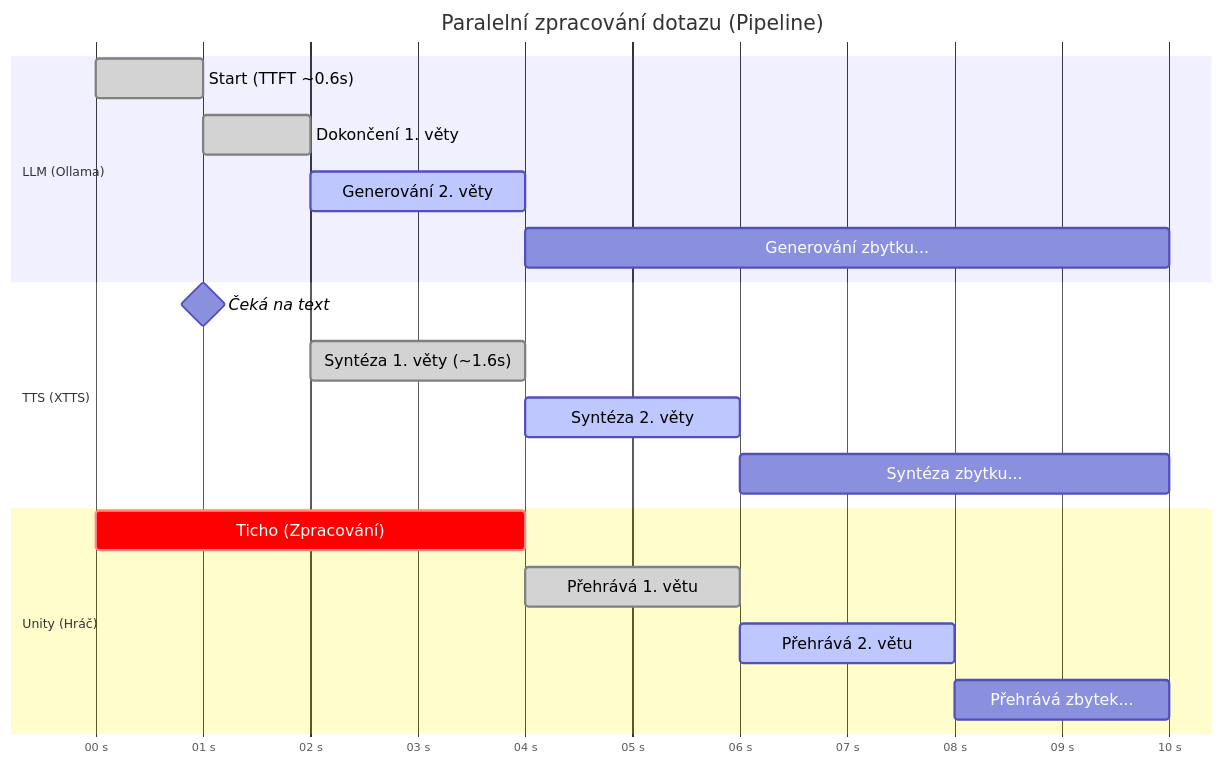
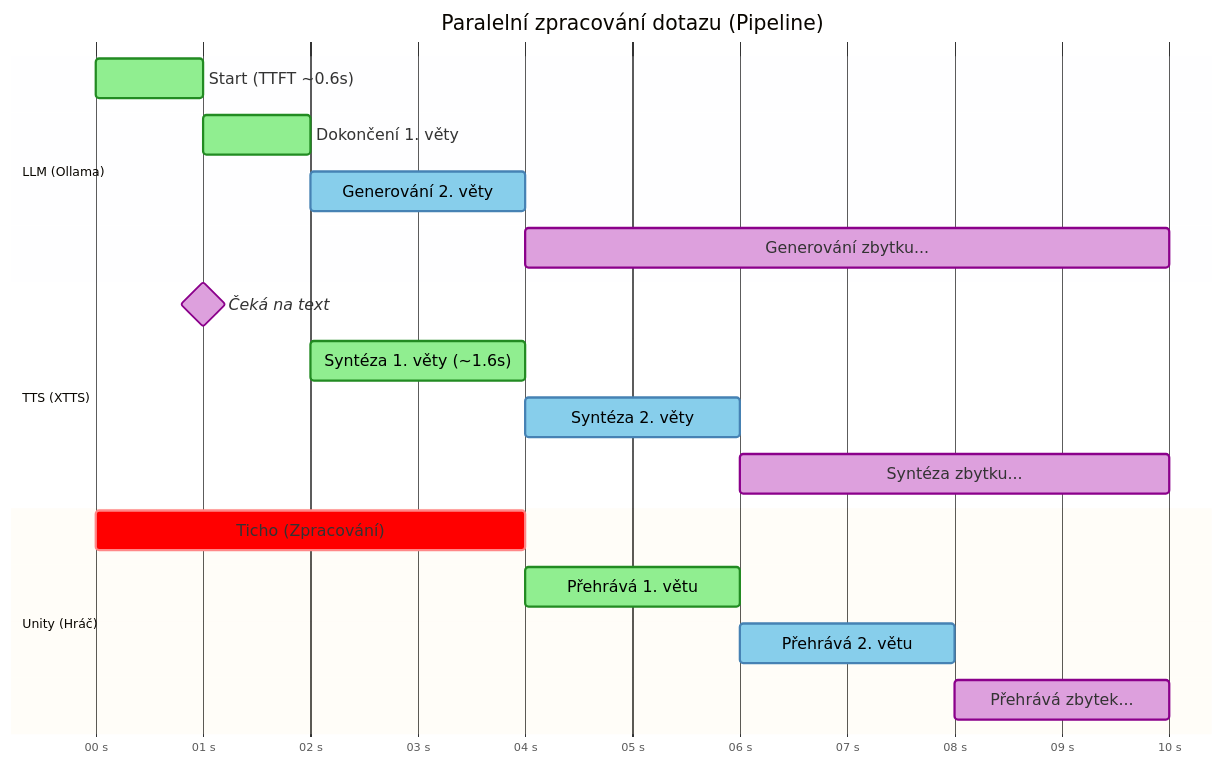
Before and after one commit to FrantisekPetricek/PraxeProjekt: the second of 2 diagrams in README.md, drawn with Mermaid. The commit also changed other lines of this file, not shown here.

Commit message:
README update

````diff
--- a/README.md
+++ b/README.md
@@ -77,25 +78,38 @@
 ```mermaid
-%%{init: {'gantt': {'barHeight': 35, 'barGap': 15, 'fontSize': 14}}}%%
+%%{init: {
+  'theme': 'base',
+  'themeVariables': {
+    'doneTaskBkgColor': '#90EE90', 'doneTaskBorderColor': '#228B22',
+    'activeTaskBkgColor': '#87CEEB', 'activeTaskBorderColor': '#4682B4',
+    'critTaskBkgColor': '#FF6347', 'critTaskBorderColor': '#B22222',
+    'taskBkgColor': '#DDA0DD', 'taskBorderColor': '#8B008B',
+    'milestoneBkgColor': '#DDA0DD', 'milestoneBorderColor': '#8B008B',
+    'taskTextDarkColor': '#000000', 'taskTextLightColor': '#000000'
+  },
+  'gantt': {
+    'barHeight': 35, 'barGap': 15, 'fontSize': 14
+  }
+}}%%
 gantt
     title Paralelní zpracování dotazu (Pipeline)
     dateFormat  s
     axisFormat  %S s
     
     section LLM (Ollama)
     Start (TTFT ~0.6s)     :done, llm1, 0, 1
     Dokončení 1. věty      :done, llm2, 1, 2
     Generování 2. věty     :active, llm3, 2, 4
     Generování zbytku...   :llm4, 4, 10
     
     section TTS (XTTS)
     Čeká na text           :milestone, 0, 2
     Syntéza 1. věty (~1.6s):done, tts1, 2, 4
     Syntéza 2. věty        :active, tts2, 4, 6
     Syntéza zbytku...      :tts3, 6, 10
     
     section Unity (Hráč)
     Ticho (Zpracování)     :crit, u1, 0, 4
     Přehrává 1. větu       :done, u2, 4, 6
     Přehrává 2. větu       :active, u3, 6, 8
     Přehrává zbytek...     :u4, 8, 10
 ```
````
